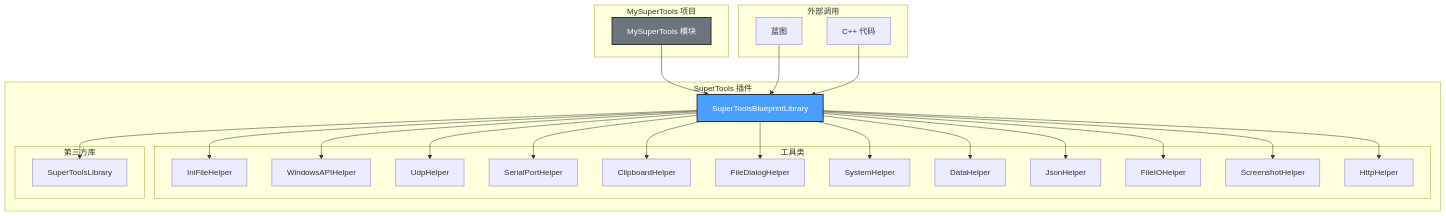
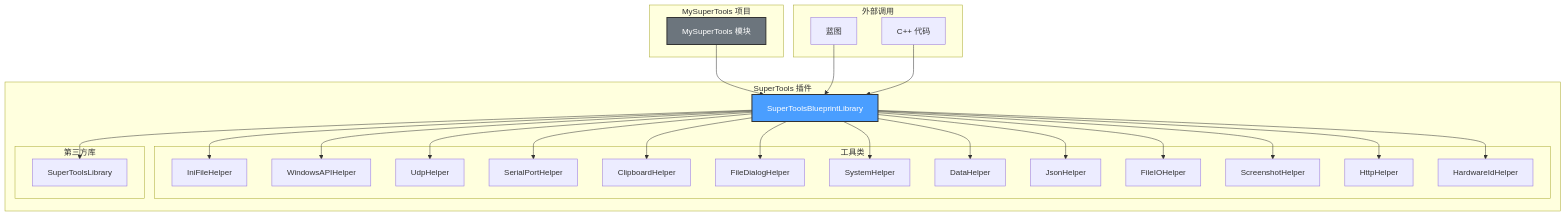
One commit to jd-cg/SuperTools changed the diagram in README.md. Above: the diagram before and after it, drawn with Mermaid. The commit also changed other lines of this file and 5 other files, not shown here.

````diff
--- a/README.md
+++ b/README.md
@@ -52,54 +53,56 @@
 ```mermaid
 graph TB
     subgraph "MySuperTools 项目"
         A[MySuperTools 模块]
     end
 
     subgraph "SuperTools 插件"
         B[SuperToolsBlueprintLibrary]
 
         subgraph "工具类"
             C1[IniFileHelper]
             C2[WindowsAPIHelper]
             C3[UdpHelper]
             C4[SerialPortHelper]
             C5[ClipboardHelper]
             C6[FileDialogHelper]
             C7[SystemHelper]
             C8[DataHelper]
             C9[JsonHelper]
             C10[FileIOHelper]
             C11[ScreenshotHelper]
             C12[HttpHelper]
+            C13[HardwareIdHelper]
         end
 
         subgraph "第三方库"
             D[SuperToolsLibrary]
         end
     end
 
     subgraph "外部调用"
         E1[蓝图]
         E2[C++ 代码]
     end
 
     A --> B
     E1 --> B
     E2 --> B
     B --> C1
     B --> C2
     B --> C3
     B --> C4
     B --> C5
     B --> C6
     B --> C7
     B --> C8
     B --> C9
     B --> C10
     B --> C11
     B --> C12
+    B --> C13
     B --> D
 
     style B fill:#4a9eff,stroke:#333,stroke-width:2px,color:#fff
     style A fill:#6c757d,stroke:#333,stroke-width:2px,color:#fff
 ```
````
